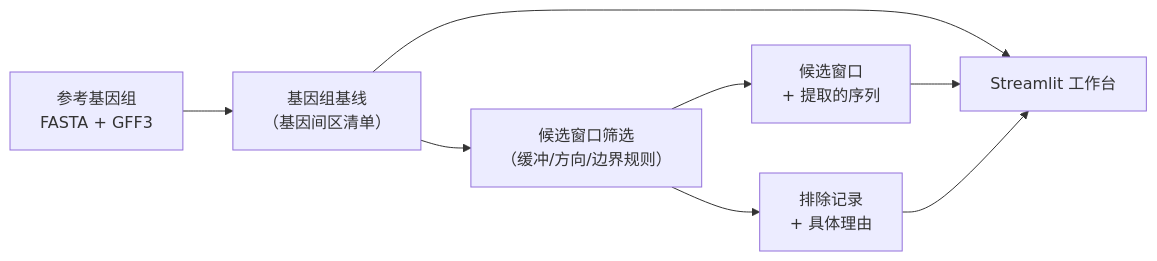
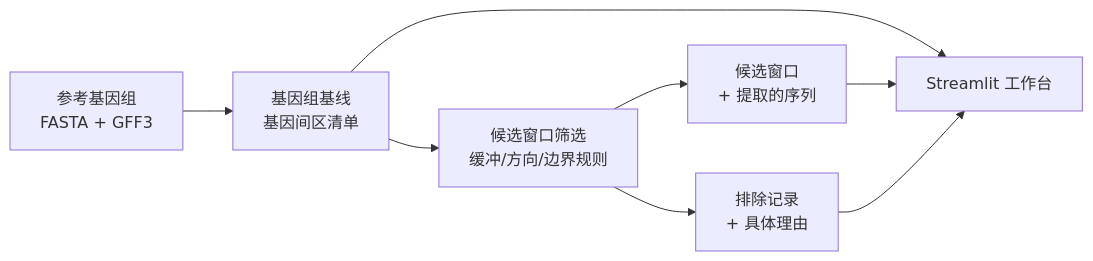
One commit to 77652189/PichiaSafeHarbor changed the first of 2 diagrams in README.zh-CN.md. Above: the diagram before and after it, drawn with Mermaid. The commit also changed other lines of this file and 1 other file, not shown here.

First line of the commit message:
Fix Mermaid diagrams not rendering on GitHub

````diff
--- a/README.zh-CN.md
+++ b/README.zh-CN.md
@@ -37,10 +37,10 @@
 ```mermaid
 flowchart LR
-    A["参考基因组\nFASTA + GFF3"] --> B["基因组基线\n（基因间区清单）"]
-    B --> C["候选窗口筛选\n（缓冲/方向/边界规则）"]
-    C --> D["候选窗口\n+ 提取的序列"]
-    C --> E["排除记录\n+ 具体理由"]
+    A["参考基因组<br/>FASTA + GFF3"] --> B["基因组基线<br/>基因间区清单"]
+    B --> C["候选窗口筛选<br/>缓冲/方向/边界规则"]
+    C --> D["候选窗口<br/>+ 提取的序列"]
+    C --> E["排除记录<br/>+ 具体理由"]
     B --> F["Streamlit 工作台"]
     D --> F
     E --> F
 ```
````
